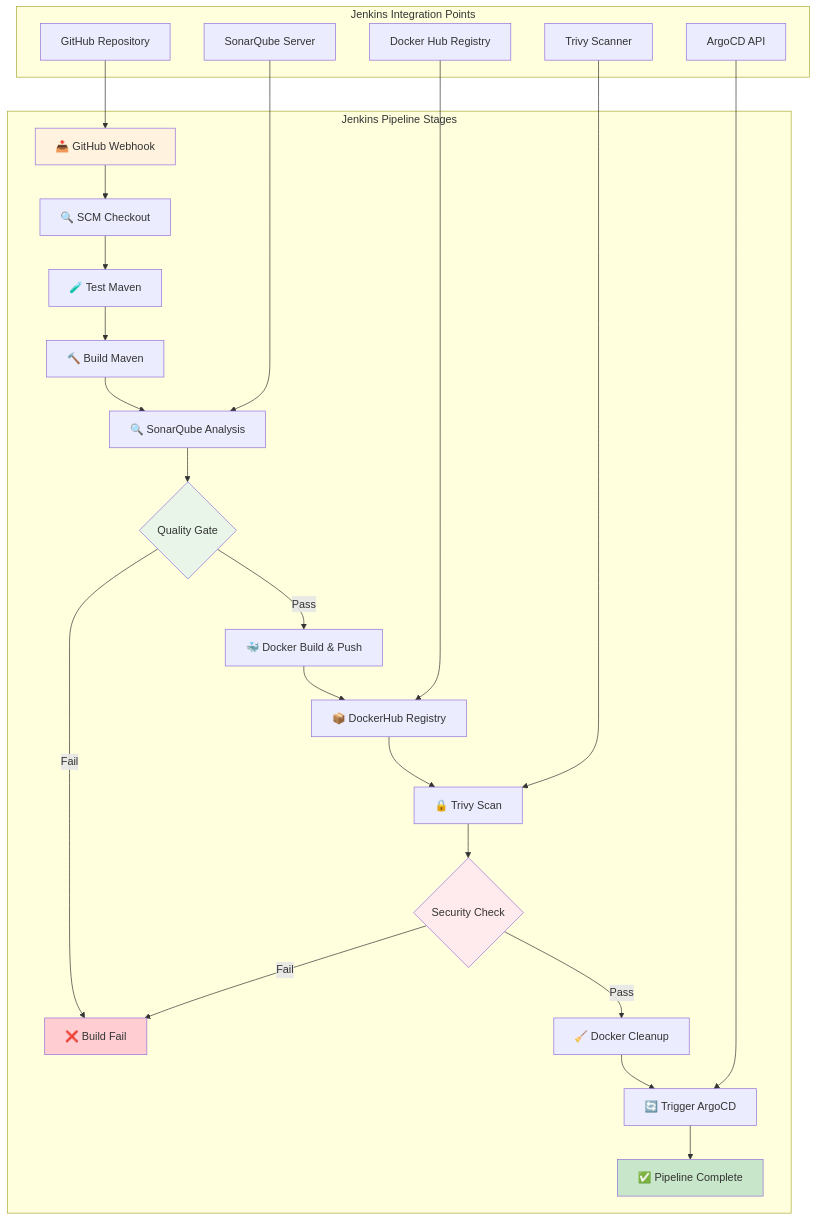
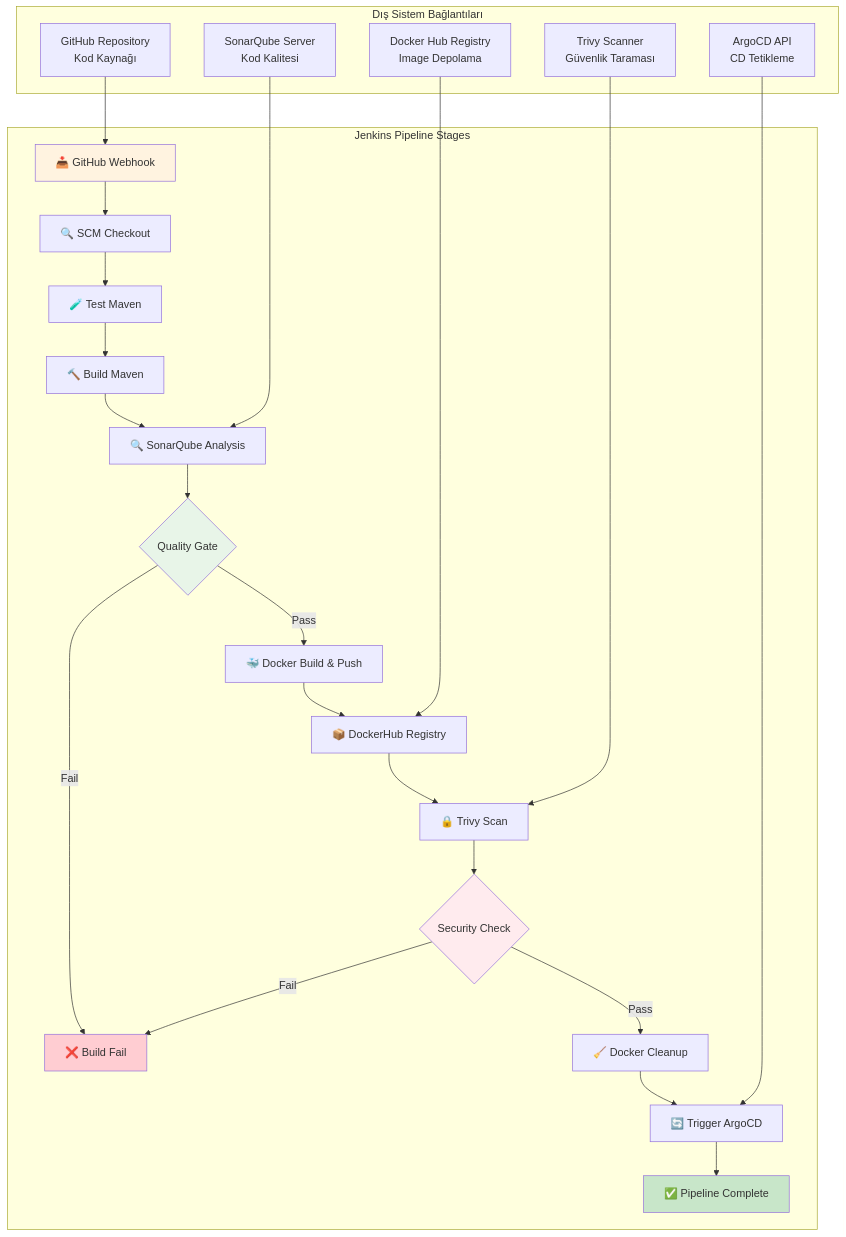
Before and after one commit to onurglr/aws-pipeline: the first of 9 diagrams in detailed-devops-diagrams.md, drawn with Mermaid. The commit also changed other lines of this file, not shown here.

````diff
--- a/detailed-devops-diagrams.md
+++ b/detailed-devops-diagrams.md
@@ -5,35 +5,35 @@
 ```mermaid
 graph TB
     subgraph "Jenkins Pipeline Stages"
         A[📥 GitHub Webhook] --> B[🔍 SCM Checkout]
         B --> C[🧪 Test Maven]
         C --> D[🔨 Build Maven]
         D --> E[🔍 SonarQube Analysis]
         E --> F{Quality Gate}
         F -->|Pass| G[🐳 Docker Build & Push]
         F -->|Fail| I[❌ Build Fail]
         
         G --> H[📦 DockerHub Registry]
         H --> J[🔒 Trivy Scan]
         J --> K{Security Check}
         K -->|Pass| L[🧹 Docker Cleanup]
         K -->|Fail| I
         
         L --> M[🔄 Trigger ArgoCD]
         M --> N[✅ Pipeline Complete]
     end
     
-    subgraph "Jenkins Integration Points"
-        P[GitHub Repository] --> A
-        Q[SonarQube Server] --> E
-        R[Docker Hub Registry] --> H
-        S[Trivy Scanner] --> J
-        T[ArgoCD API] --> M
+    subgraph "Dış Sistem Bağlantıları"
+        P[GitHub Repository<br/>Kod Kaynağı] --> A
+        Q[SonarQube Server<br/>Kod Kalitesi] --> E
+        R[Docker Hub Registry<br/>Image Depolama] --> H
+        S[Trivy Scanner<br/>Güvenlik Taraması] --> J
+        T[ArgoCD API<br/>CD Tetikleme] --> M
     end
     
     style A fill:#fff3e0
     style F fill:#e8f5e8
     style K fill:#ffebee
     style I fill:#ffcdd2
     style N fill:#c8e6c9
 ```
````
